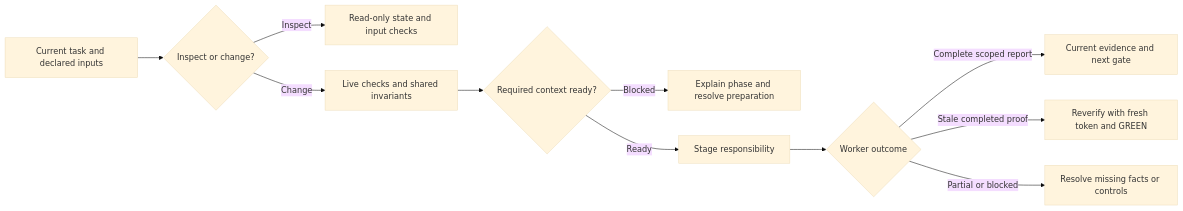
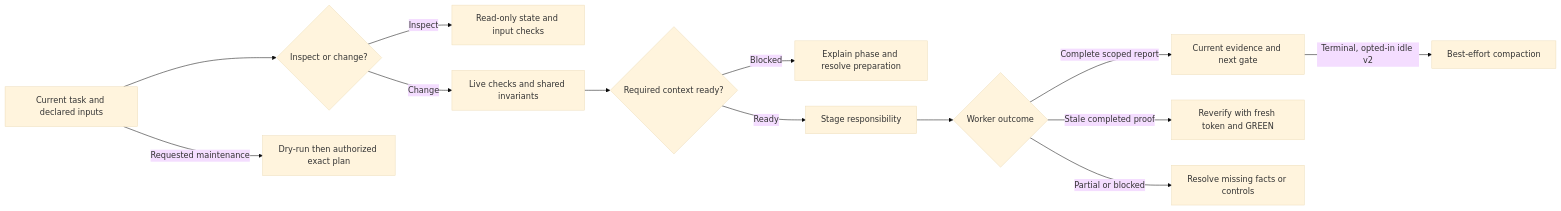
Before and after one commit to wgentil/devflow: the diagram in skills/workflow/SKILL.md, drawn with Mermaid (base theme). The commit also changed other lines of this file and 24 other files, not shown here.

````diff
--- a/skills/workflow/SKILL.md
+++ b/skills/workflow/SKILL.md
@@ -14,13 +16,15 @@
 ```mermaid
 flowchart LR
     Scope[Current task and declared inputs] --> Mode{Inspect or change?}
     Mode -->|Inspect| Inspect[Read-only state and input checks]
     Mode -->|Change| Checks[Live checks and shared invariants]
     Checks --> Prep{Required context ready?}
     Prep -->|Blocked| Context[Explain phase and resolve preparation]
     Prep -->|Ready| Work[Stage responsibility]
     Work --> Result{Worker outcome}
     Result -->|Complete scoped report| Evidence[Current evidence and next gate]
     Result -->|Stale completed proof| Reverify[Reverify with fresh token and GREEN]
     Result -->|Partial or blocked| Recover[Resolve missing facts or controls]
+    Evidence -->|Terminal, opted-in idle v2| Compact[Best-effort compaction]
+    Scope -->|Requested maintenance| Plan[Dry-run then authorized exact plan]
 ```
````
